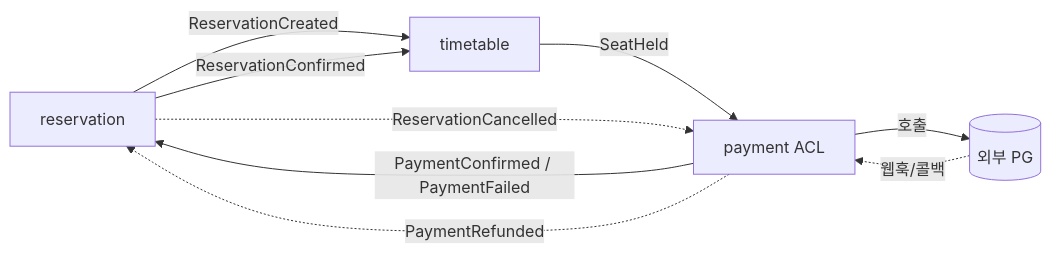
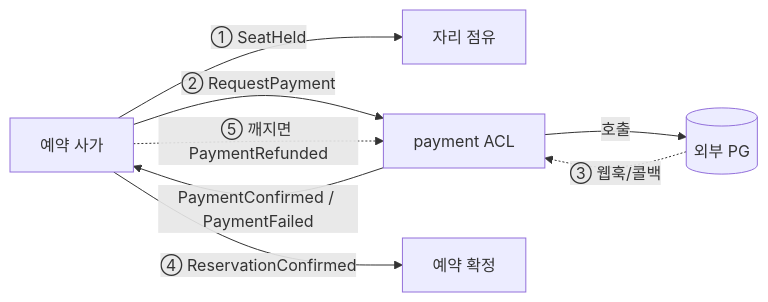
The first of 5 diagrams in docs/v2/rfc/RFC-016-payment-integration-boundary.md (newkayak12/prototype-reservation-system), drawn with Mermaid before and after one commit. The commit also changed other lines of this file and 67 other files, not shown here.

````diff
--- a/docs/v2/rfc/RFC-016-payment-integration-boundary.md
+++ b/docs/v2/rfc/RFC-016-payment-integration-boundary.md
@@ -22,11 +24,10 @@
 ```mermaid
 graph LR
-    RES[reservation] -->|ReservationCreated| TT[timetable]
-    TT -->|SeatHeld| PAY[payment ACL]
-    PAY -->|호출| PG[(외부 PG)]
-    PG -. 웹훅/콜백 .-> PAY
-    PAY -->|PaymentConfirmed / PaymentFailed| RES
-    RES -->|ReservationConfirmed| TT
-    RES -. ReservationCancelled .-> PAY
-    PAY -. PaymentRefunded .-> RES
+    SAGA[예약 사가] -->|① SeatHeld| HOLD[자리 점유]
+    SAGA -->|② RequestPayment| ACL[payment ACL]
+    ACL -->|호출| PG[(외부 PG)]
+    PG -. ③ 웹훅/콜백 .-> ACL
+    ACL -->|PaymentConfirmed / PaymentFailed| SAGA
+    SAGA -->|④ ReservationConfirmed| DONE[예약 확정]
+    SAGA -. ⑤ 깨지면 PaymentRefunded .-> ACL
 ```
````
